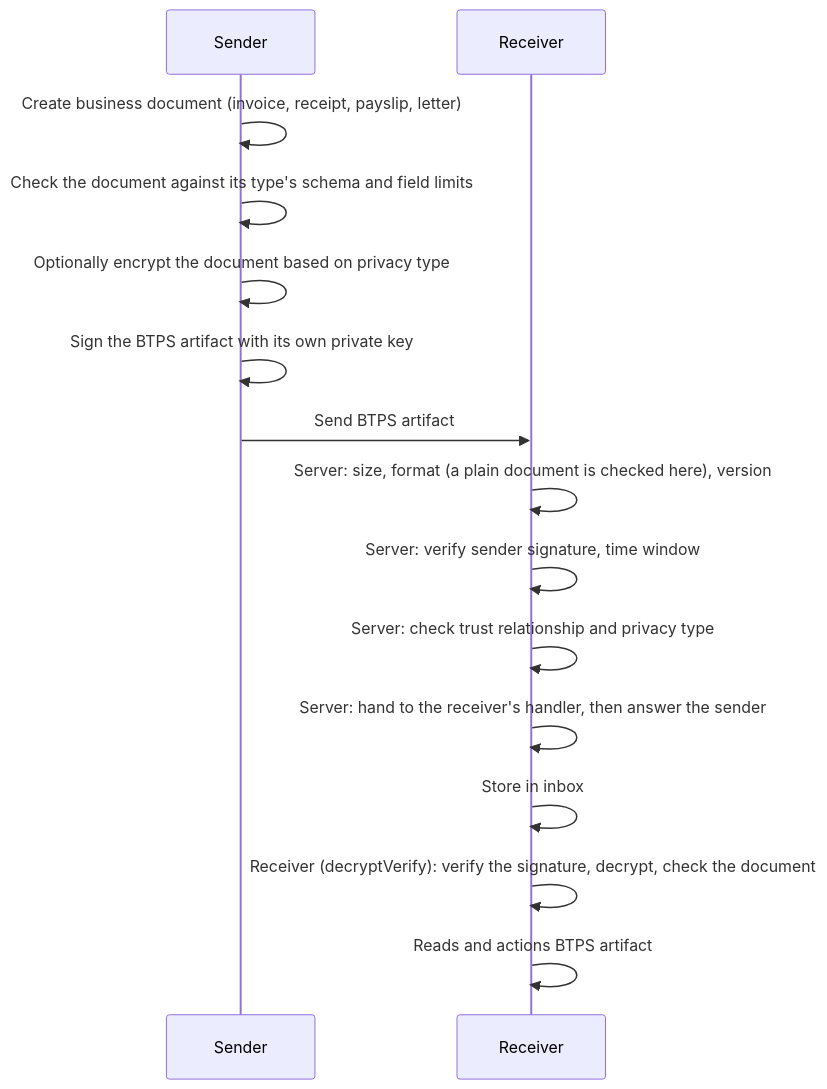
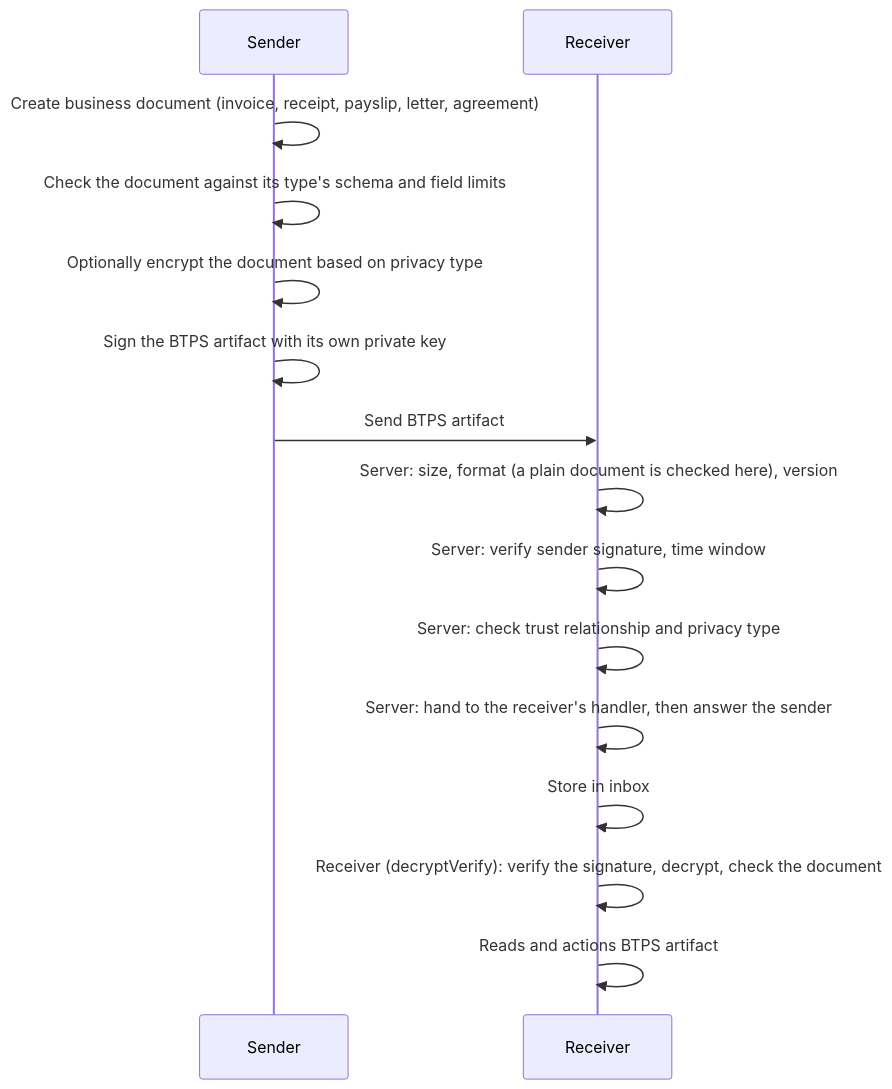
Before and after one commit to openbtps/btps-node: the fourth of 7 diagrams in docs/docusaurus/docs/protocol/messageFlow.md, drawn with Mermaid. The commit also changed 17 other files, not shown here.

First line of the commit message:
Add the agreement document type

````diff
--- a/docs/docusaurus/docs/protocol/messageFlow.md
+++ b/docs/docusaurus/docs/protocol/messageFlow.md
@@ -218,19 +218,19 @@
 ```mermaid
 sequenceDiagram
     participant S as Sender
     participant R as Receiver
 
-    S->>S: Create business document (invoice, receipt, payslip, letter)
+    S->>S: Create business document (invoice, receipt, payslip, letter, agreement)
     S->>S: Check the document against its type's schema and field limits
     S->>S: Optionally encrypt the document based on privacy type
     S->>S: Sign the BTPS artifact with its own private key
     S->>R: Send BTPS artifact
 
     R->>R: Server: size, format (a plain document is checked here), version
     R->>R: Server: verify sender signature, time window
     R->>R: Server: check trust relationship and privacy type
     R->>R: Server: hand to the receiver's handler, then answer the sender
     R->>R: Store in inbox
     R->>R: Receiver (decryptVerify): verify the signature, decrypt, check the document
     R->>R: Reads and actions BTPS artifact
 ```
````
